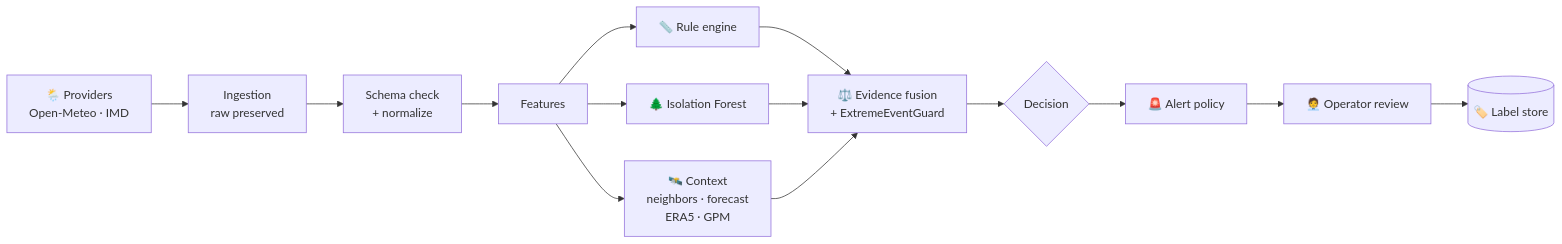
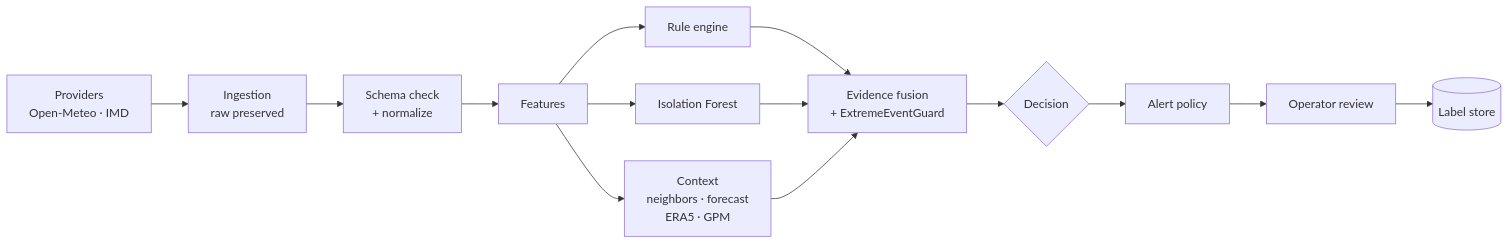
Before and after one commit to Harshil089/MeghDrishti: the diagram in README.md, drawn with Mermaid. The commit also changed other lines of this file and 1 other file, not shown here.

````diff
--- a/README.md
+++ b/README.md
@@ -105,14 +105,14 @@
 ```mermaid
 flowchart LR
-    A[🌦️ Providers<br/>Open-Meteo · IMD] --> B[Ingestion<br/>raw preserved]
+    A[Providers<br/>Open-Meteo · IMD] --> B[Ingestion<br/>raw preserved]
     B --> C[Schema check<br/>+ normalize]
     C --> D[Features]
-    D --> E1[📏 Rule engine]
-    D --> E2[🌲 Isolation Forest]
-    D --> E3[🛰️ Context<br/>neighbors · forecast<br/>ERA5 · GPM]
-    E1 & E2 & E3 --> F[⚖️ Evidence fusion<br/>+ ExtremeEventGuard]
+    D --> E1[Rule engine]
+    D --> E2[Isolation Forest]
+    D --> E3[Context<br/>neighbors · forecast<br/>ERA5 · GPM]
+    E1 & E2 & E3 --> F[Evidence fusion<br/>+ ExtremeEventGuard]
     F --> G{Decision}
-    G --> H[🚨 Alert policy]
-    H --> I[🧑‍💼 Operator review]
-    I --> J[(🏷️ Label store)]
+    G --> H[Alert policy]
+    H --> I[Operator review]
+    I --> J[(Label store)]
 ```
````
